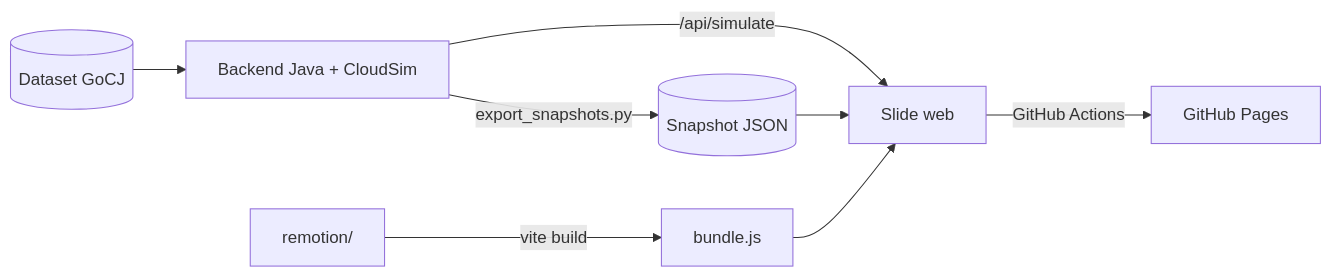
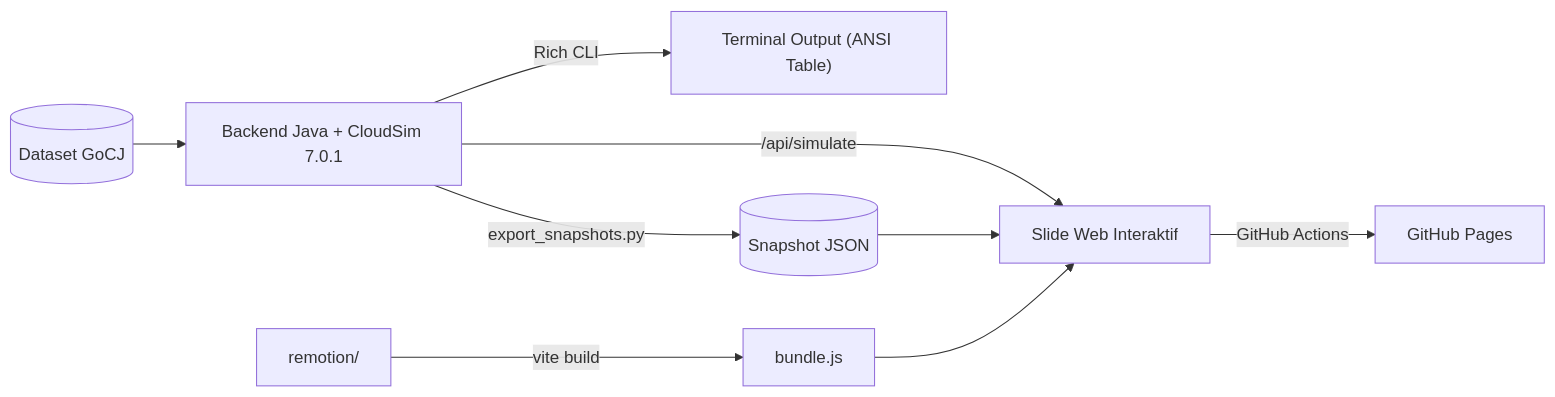
One commit to Rkaaaa404/soka-metaheuristik-kelompok-5 changed the diagram in README.md. Above: the diagram before and after it, drawn with Mermaid. The commit also changed other lines of this file and 4 other files, not shown here.

Commit message:
feat: add Java task scheduling simulation with CloudSim and CLI interface

````diff
--- a/README.md
+++ b/README.md
@@ -113,10 +165,11 @@
 ```mermaid
 flowchart LR
-    D[("Dataset GoCJ")] --> B["Backend Java + CloudSim"]
-    B -- "/api/simulate" --> W["Slide web"]
+    D[("Dataset GoCJ")] --> B["Backend Java + CloudSim 7.0.1"]
+    B -- "/api/simulate" --> W["Slide Web Interaktif"]
+    B -- "Rich CLI" --> T["Terminal Output (ANSI Table)"]
     B -- "export_snapshots.py" --> S[("Snapshot JSON")]
     S --> W
     R["remotion/"] -- "vite build" --> P["bundle.js"]
     P --> W
     W -- "GitHub Actions" --> G["GitHub Pages"]
 ```
````
